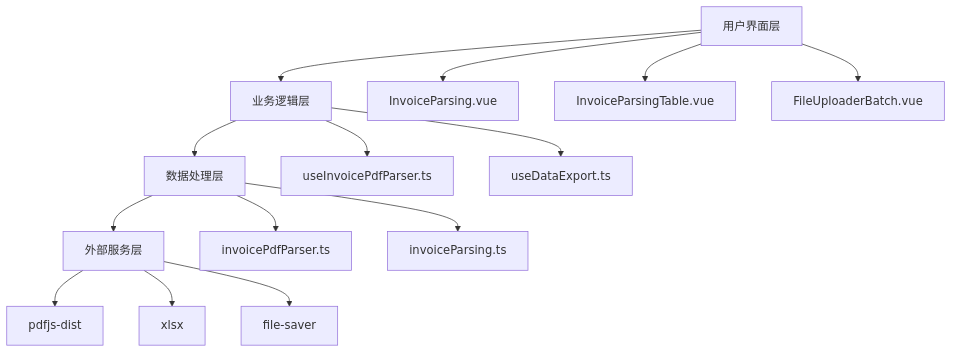
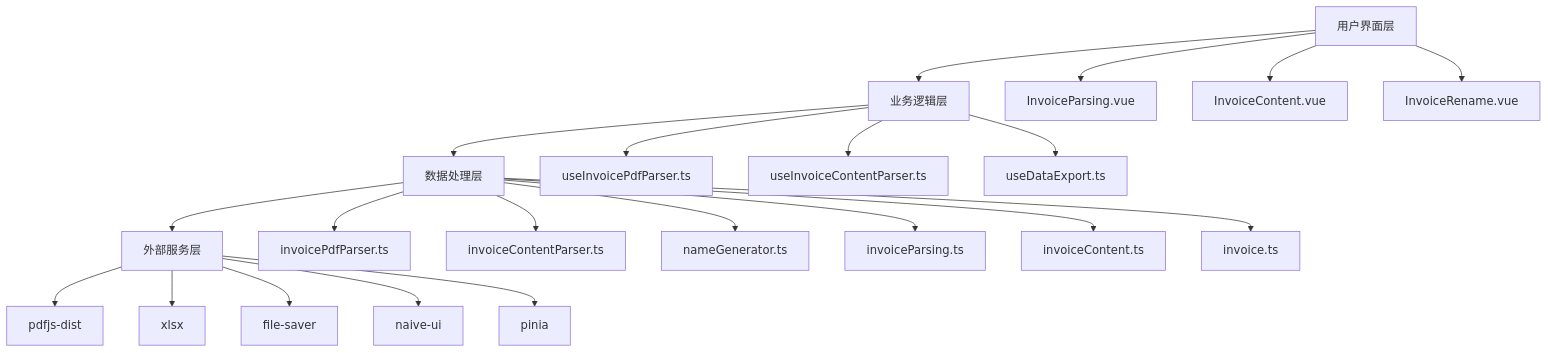
One commit to dunhuixiao/FinanceTools changed the third of 8 diagrams in .qoder/repowiki/zh/content/发票解析功能/发票解析功能.md. Above: the diagram before and after it, drawn with Mermaid. The commit also changed other lines of this file and 20 other files, not shown here.

````diff
--- a/.qoder/repowiki/zh/content/发票解析功能/发票解析功能.md
+++ b/.qoder/repowiki/zh/content/发票解析功能/发票解析功能.md
@@ -133,16 +210,23 @@
 ```mermaid
 graph TD
 A[用户界面层] --> B[业务逻辑层]
 B --> C[数据处理层]
 C --> D[外部服务层]
 A --> A1[InvoiceParsing.vue]
-A --> A2[InvoiceParsingTable.vue]
-A --> A3[FileUploaderBatch.vue]
+A --> A2[InvoiceContent.vue]
+A --> A3[InvoiceRename.vue]
 B --> B1[useInvoicePdfParser.ts]
-B --> B2[useDataExport.ts]
+B --> B2[useInvoiceContentParser.ts]
+B --> B3[useDataExport.ts]
 C --> C1[invoicePdfParser.ts]
-C --> C2[invoiceParsing.ts]
+C --> C2[invoiceContentParser.ts]
+C --> C3[nameGenerator.ts]
+C --> C4[invoiceParsing.ts]
+C --> C5[invoiceContent.ts]
+C --> C6[invoice.ts]
 D --> D1[pdfjs-dist]
 D --> D2[xlsx]
 D --> D3[file-saver]
+D --> D4[naive-ui]
+D --> D5[pinia]
 ```
````
